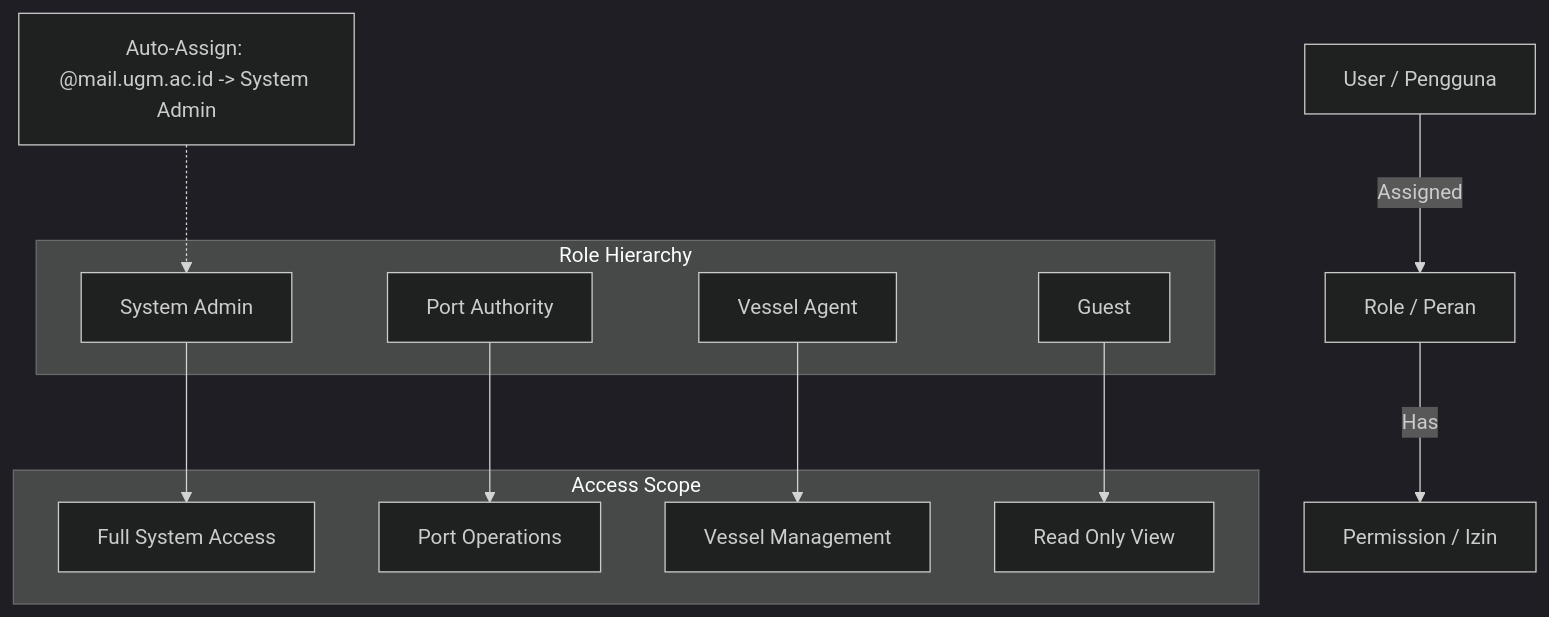
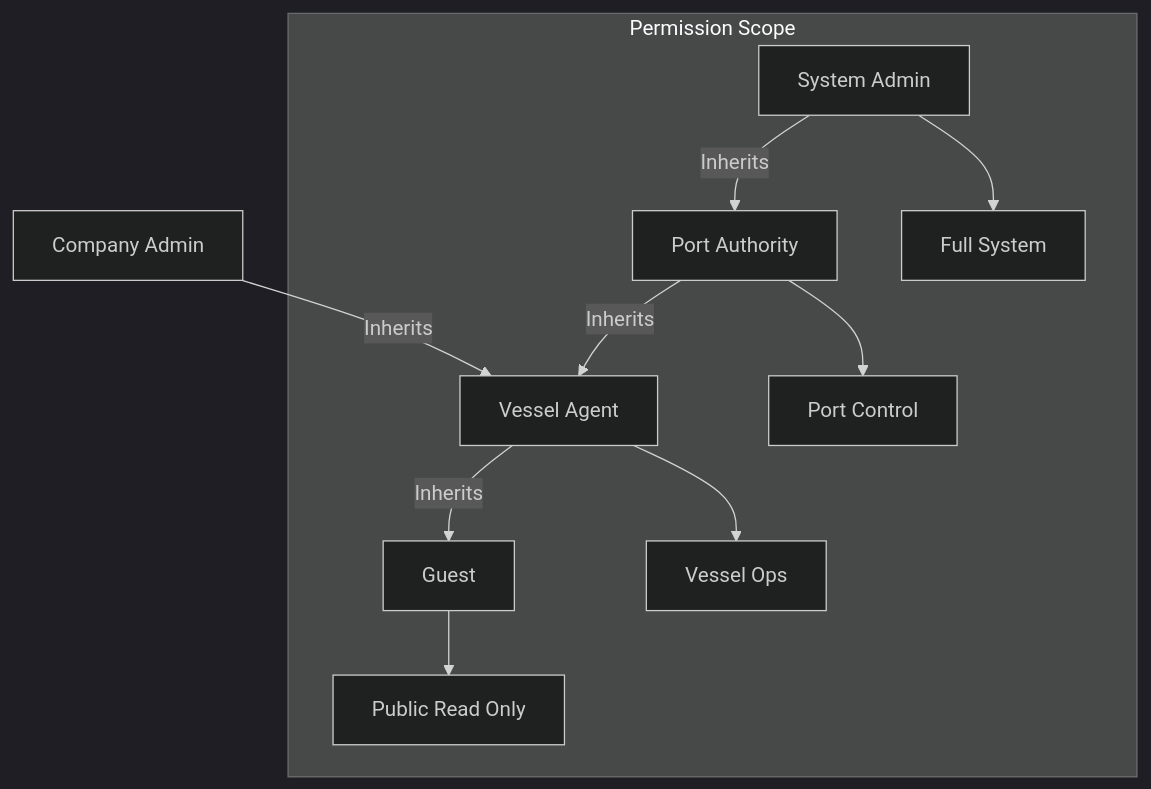
The second of 3 diagrams in technical_documentation.md (Marseillo10/HarborFlow-dotnet-Suite-Marseillo), drawn with Mermaid (dark theme) before and after one commit. The commit also changed other lines of this file, not shown here.

````diff
--- a/technical_documentation.md
+++ b/technical_documentation.md
@@ -184,26 +187,15 @@
 ```mermaid
 graph TD
-    User[User / Pengguna] -->|Assigned| Role[Role / Peran]
-    Role -->|Has| Permission[Permission / Izin]
-
-    subgraph "Role Hierarchy"
-        Admin[System Admin]
-        Port[Port Authority]
-        Agent[Vessel Agent]
-        Guest[Guest]
+    Guest[Guest]
+    VesselAgent[Vessel Agent] -->|Inherits| Guest
+    PortAuthority[Port Authority] -->|Inherits| VesselAgent
+    SystemAdmin[System Admin] -->|Inherits| PortAuthority
+    CompanyAdmin[Company Admin] -->|Inherits| VesselAgent
+    
+    subgraph "Permission Scope"
+        Guest --> P_Guest[Public Read Only]
+        VesselAgent --> P_Agent[Vessel Ops]
+        PortAuthority --> P_Port[Port Control]
+        SystemAdmin --> P_Admin[Full System]
     end
-
-    subgraph "Access Scope"
-        Full[Full System Access]
-        PortOps[Port Operations]
-        VesselOps[Vessel Management]
-        ReadOnly[Read Only View]
-    end
-
-    Admin --> Full
-    Port --> PortOps
-    Agent --> VesselOps
-    Guest --> ReadOnly
-
-    note[Auto-Assign: @mail.ugm.ac.id -> System Admin] -.-> Admin
 ```
````
